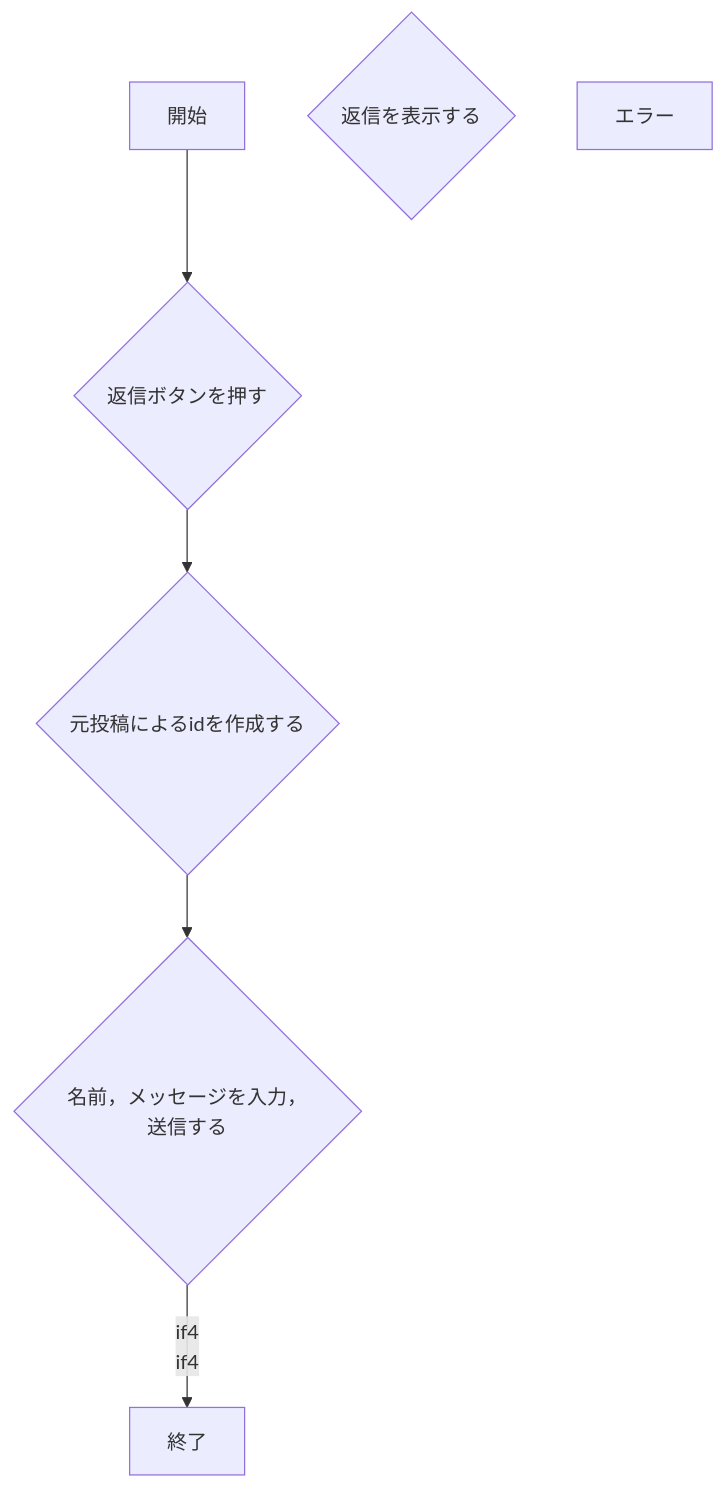
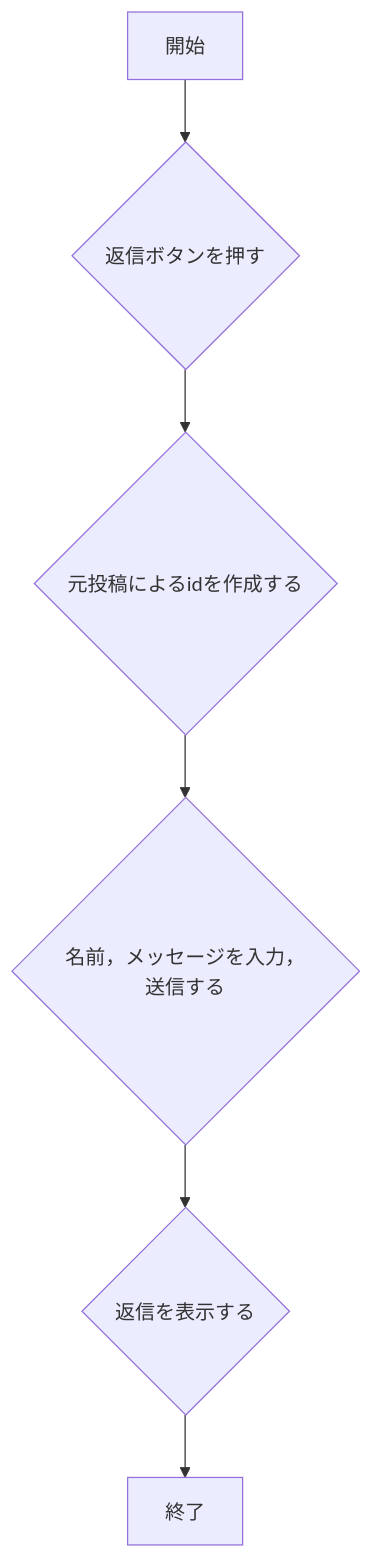
The seventh of 7 diagrams in README.md (Riu4979/webpro_06), drawn with Mermaid before and after one commit.

Commit message:
readme追加

````diff
--- a/README.md
+++ b/README.md
@@ -332,17 +332,16 @@
 ```mermaid
 flowchart TD;
 
 start["開始"]
 end1["終了"]
 if1{"返信ボタンを押す"}
 if2{"元投稿によるidを作成する"}
 if3{"名前，メッセージを入力，送信する"}
 if4{"返信を表示する"}
-error["エラー"]
 
 start --> if1
 if1 --> if2
 if2 --> if3
-if3 -- if4
+if3 --> if4
 if4 --> end1
 ```
````
